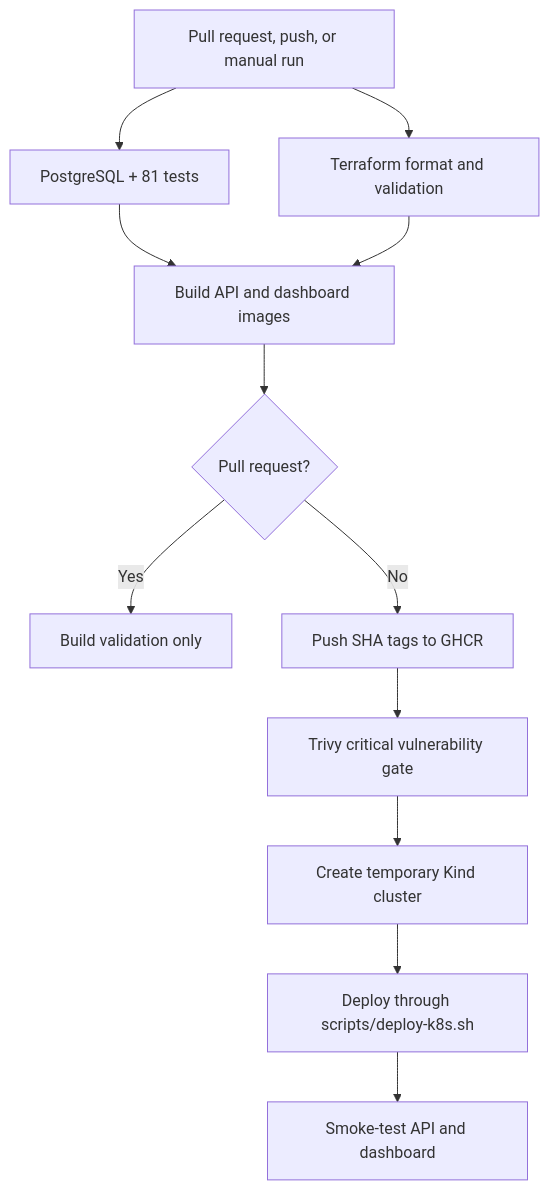
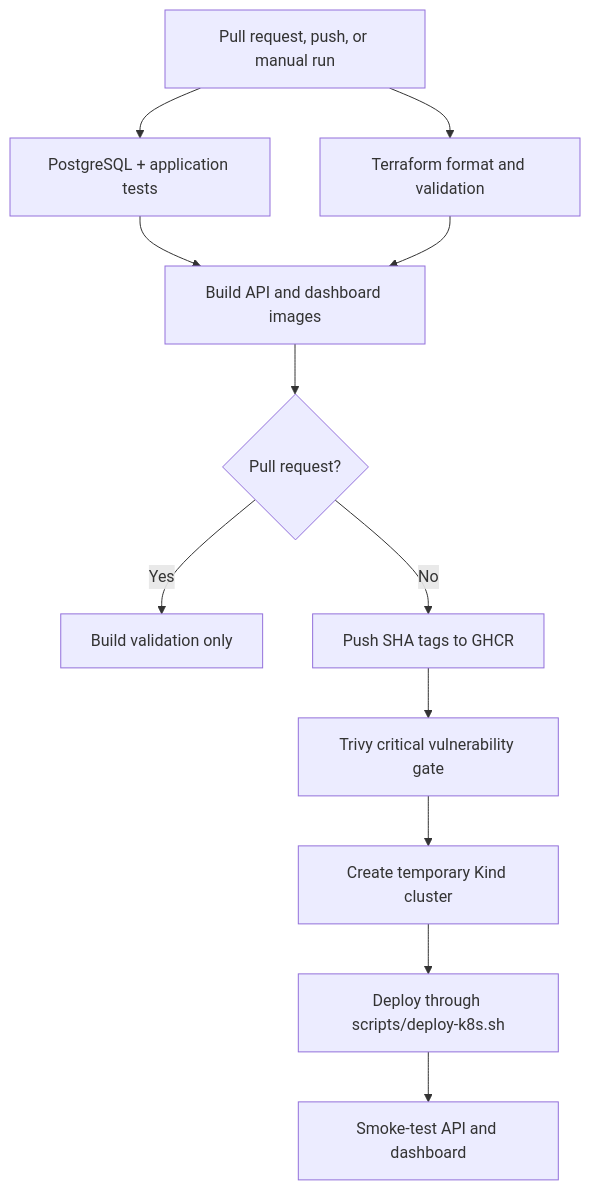
The second of 4 diagrams in README.md (HassanSalamB/dst-airlines), drawn with Mermaid before and after one commit. The commit also changed other lines of this file and 20 other files, not shown here.

````diff
--- a/README.md
+++ b/README.md
@@ -249,14 +250,14 @@
 ```mermaid
 flowchart TD
-    trigger["Pull request, push, or manual run"] --> tests["PostgreSQL + 81 tests"]
+    trigger["Pull request, push, or manual run"] --> tests["PostgreSQL + application tests"]
     trigger --> terraform["Terraform format and validation"]
     tests --> build["Build API and dashboard images"]
     terraform --> build
     build --> pr{"Pull request?"}
     pr -->|"Yes"| done["Build validation only"]
     pr -->|"No"| ghcr["Push SHA tags to GHCR"]
     ghcr --> trivy["Trivy critical vulnerability gate"]
     trivy --> kind["Create temporary Kind cluster"]
     kind --> deploy["Deploy through scripts/deploy-k8s.sh"]
     deploy --> smoke["Smoke-test API and dashboard"]
 ```
````
